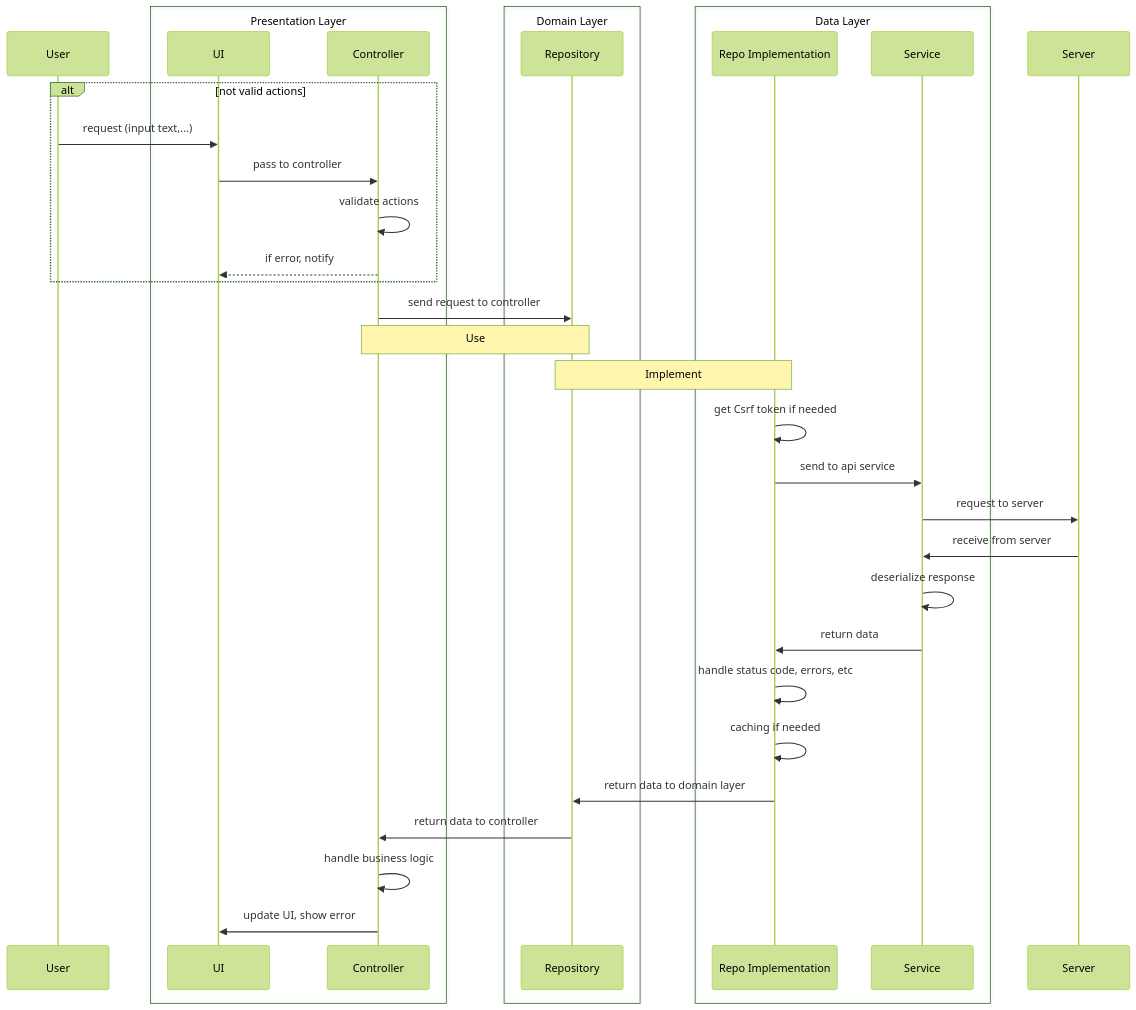
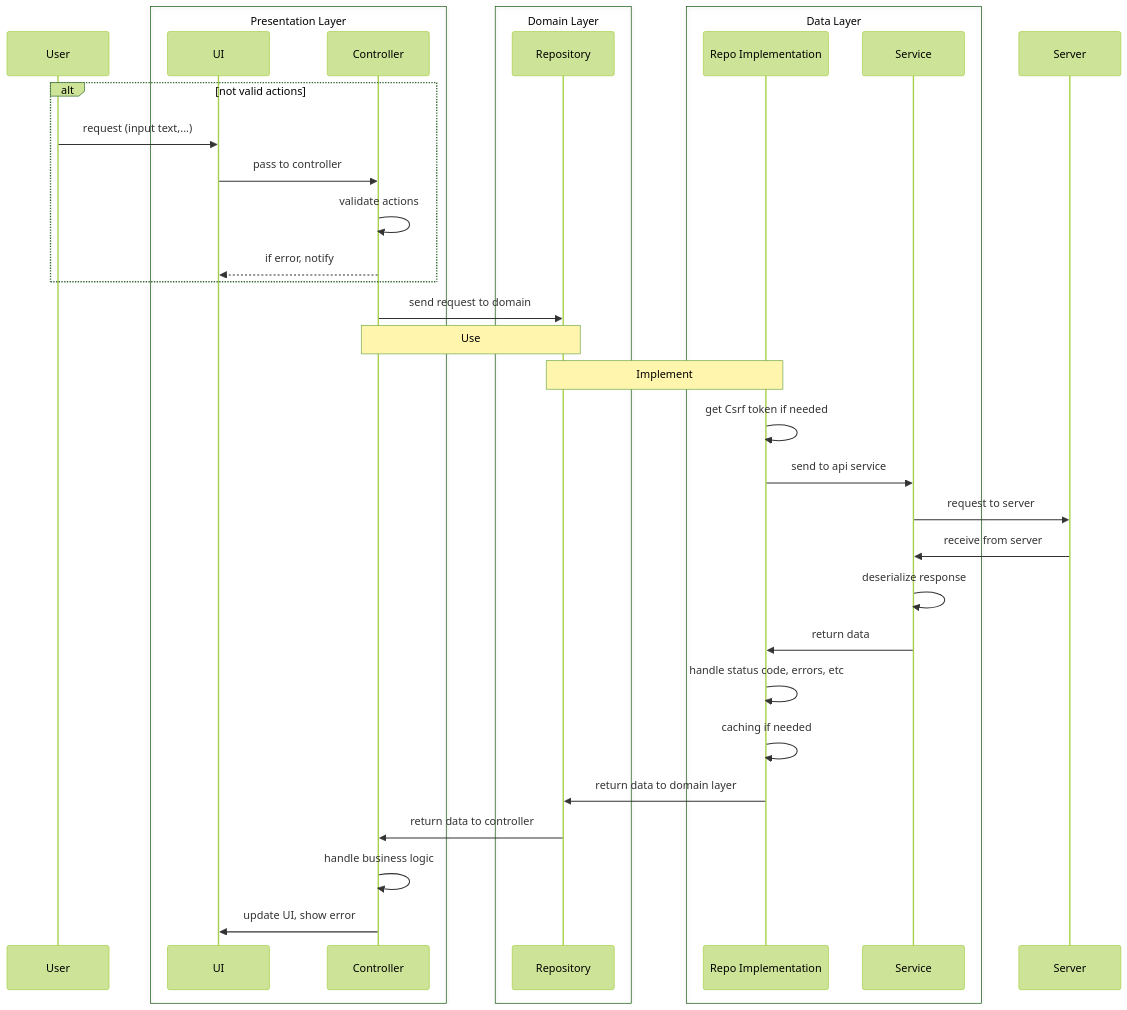
Before and after one commit to tunglampd/cicd_test: the diagram in README.md, drawn with Mermaid (forest theme).

````diff
--- a/README.md
+++ b/README.md
@@ -1,45 +1,45 @@
 ```mermaid
 sequenceDiagram
     participant User
 
     box Presentation Layer
     participant UI as UI
     participant Controller as Controller
     end
 
     box Domain Layer
     participant REPO as Repository
     end
 
     box Data Layer
     participant RepoImpl as Repo Implementation
     participant SV as Service
     end
 
     participant BE as Server
 
     alt not valid actions
     User ->> UI: request (input text,...)
     UI ->> Controller: pass to controller
     Controller->>Controller: validate actions
     Controller -->> UI: if error, notify
     end
     
-    Controller->>REPO: send request to controller
+    Controller->>REPO: send request to domain
 
     Note over Controller, REPO: Use
     Note over RepoImpl, REPO: Implement
 
     RepoImpl->>RepoImpl: get Csrf token if needed
     RepoImpl->>SV: send to api service
     SV->>BE: request to server
     BE->>SV: receive from server
     SV->>SV: deserialize response
     SV->>RepoImpl: return data
     RepoImpl->>RepoImpl: handle status code, errors, etc
     RepoImpl->>RepoImpl: caching if needed
     RepoImpl->>REPO: return data to domain layer
     REPO->>Controller: return data to controller
     Controller->>Controller: handle business logic
     Controller->>UI: update UI, show error
 ```
````
